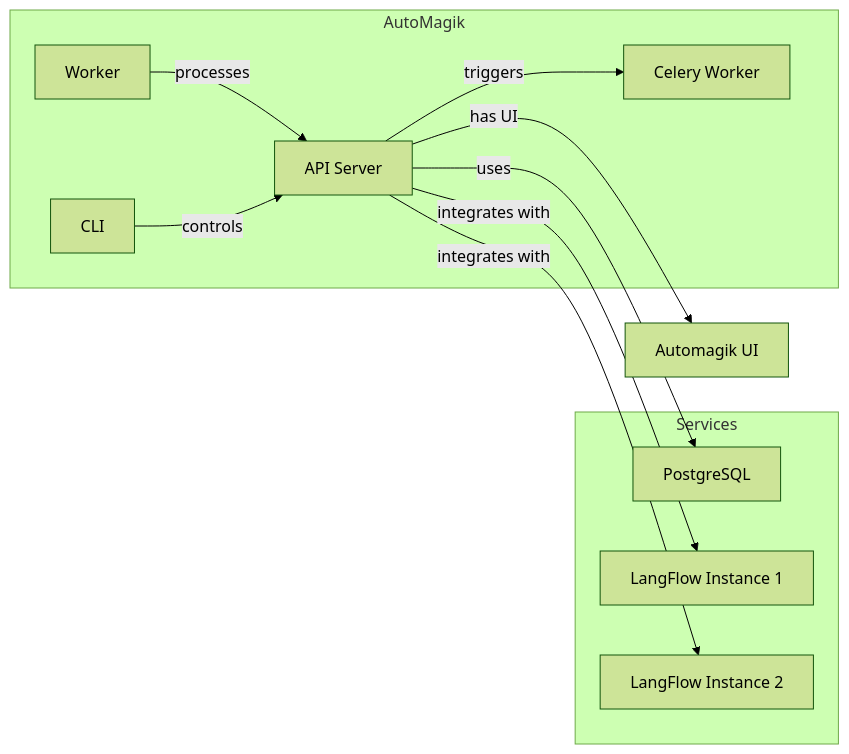
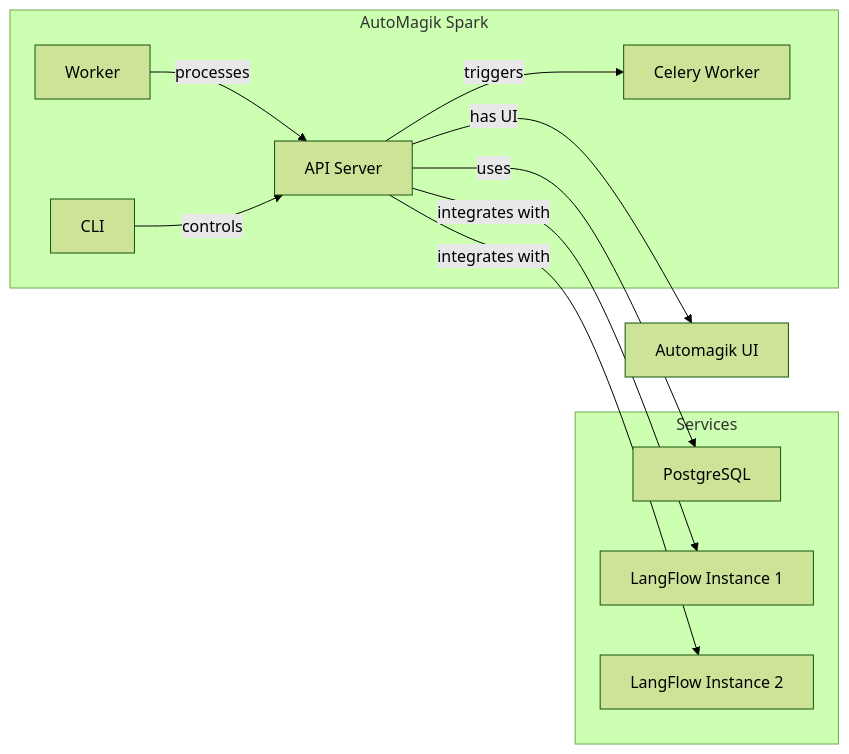
One commit to namastexlabs/automagik-spark changed the diagram in README.md. Above: the diagram before and after it, drawn with Mermaid (forest theme). The commit also changed other lines of this file and 18 other files, not shown here.

````diff
--- a/README.md
+++ b/README.md
@@ -82,21 +82,21 @@
 ```mermaid
 flowchart LR
     subgraph Services
       DB[PostgreSQL]
       LF1[LangFlow Instance 1]
       LF2[LangFlow Instance 2]
     end
-    subgraph AutoMagik
+    subgraph AutoMagik Spark
       CLI[CLI]
       API[API Server]
       CW[Celery Worker]
       W[Worker]
     end
     API -- uses --> DB
     API -- triggers --> CW
     W -- processes --> API
     API -- integrates with --> LF1
     API -- integrates with --> LF2
     CLI -- controls --> API
     API -- has UI --> UI[Automagik UI]
 ```
````
